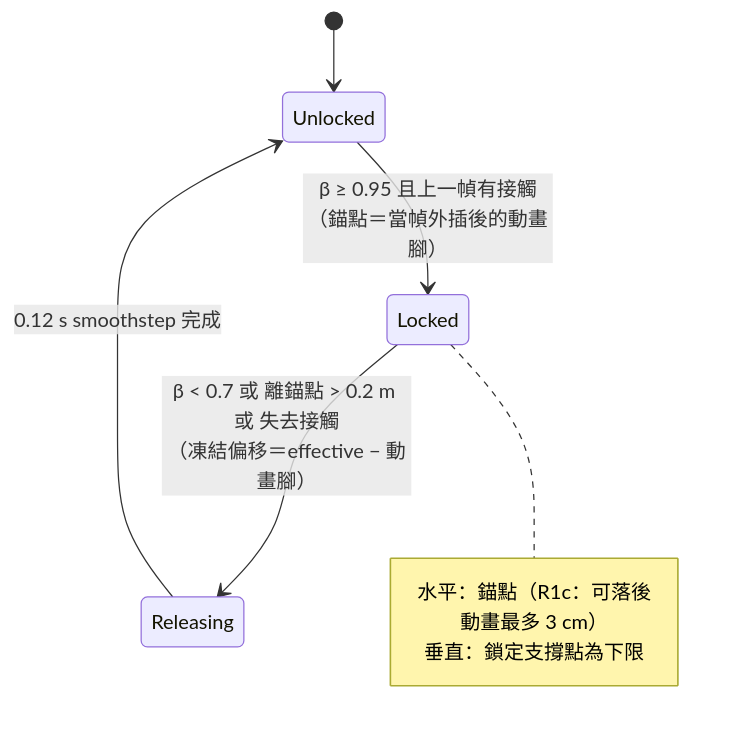
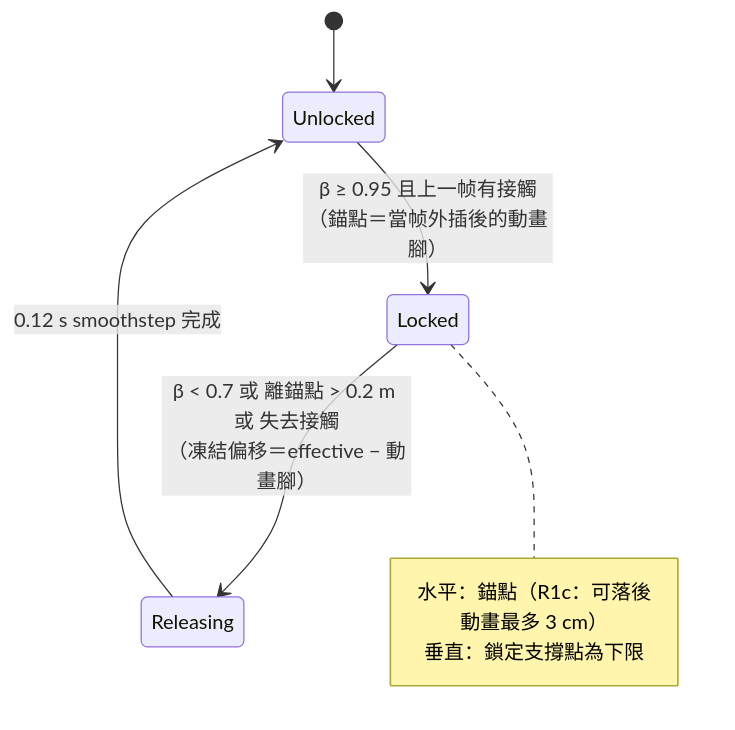
One commit to Baka8787/IntentPipeline changed the third of 3 diagrams in docs/49-foot-contact-learning-guide.md. Above: the diagram before and after it, drawn with Mermaid. The commit also changed other lines of this file and 1 other file, not shown here.

````diff
--- a/docs/49-foot-contact-learning-guide.md
+++ b/docs/49-foot-contact-learning-guide.md
@@ -166,11 +171,11 @@
 ```mermaid
 stateDiagram-v2
   [*] --> Unlocked
-  Unlocked --> Locked: β ≥ 0.95 且上一幀有接觸<br/>（錨點＝當幀外插後的動畫腳）
+  Unlocked --> Locked: β ≥ 0.95 且上一帧有接觸<br/>（錨點＝當帧外插後的動畫腳）
   Locked --> Releasing: β < 0.7 或 離錨點 > 0.2 m 或 失去接觸<br/>（凍結偏移＝effective − 動畫腳）
   Releasing --> Unlocked: 0.12 s smoothstep 完成
   note right of Locked
     水平：錨點（R1c：可落後動畫最多 3 cm）
     垂直：鎖定支撐點為下限
   end note
 ```
````
